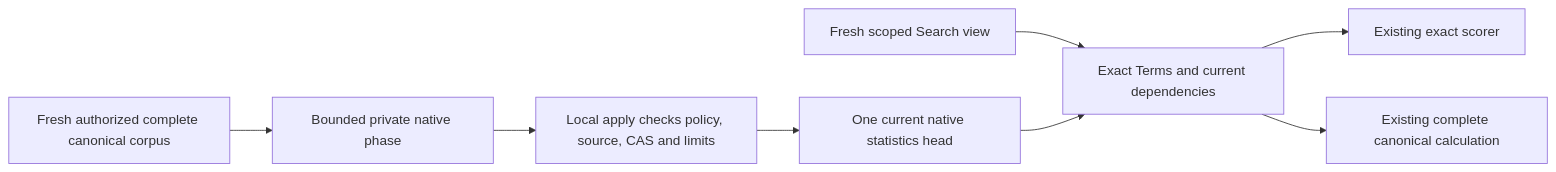
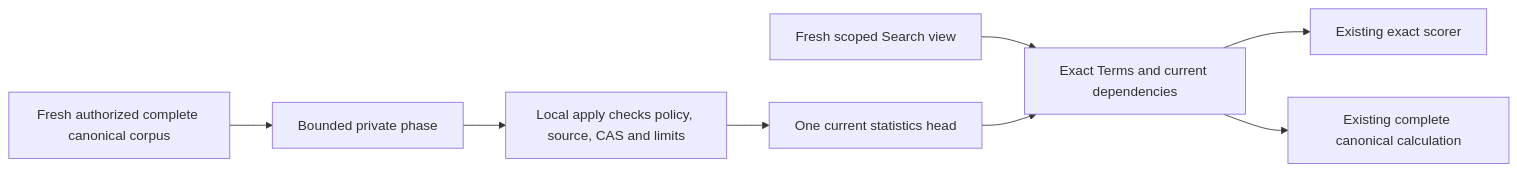
Before and after one commit to managedcode/KeyLoad: the first of 3 diagrams in docs/Features/Search/Bm25CorpusCurrent.md, drawn with Mermaid. The commit also changed other lines of this file and 9016 other files, not shown here.

````diff
--- a/docs/Features/Search/Bm25CorpusCurrent.md
+++ b/docs/Features/Search/Bm25CorpusCurrent.md
@@ -66,10 +66,10 @@
 ```mermaid
 flowchart LR
-    Capture[Fresh authorized complete canonical corpus] --> Phase[Bounded private native phase]
+    Capture[Fresh authorized complete canonical corpus] --> Phase[Bounded private phase]
     Phase --> Apply[Local apply checks policy, source, CAS and limits]
-    Apply --> Head[One current native statistics head]
+    Apply --> Head[One current statistics head]
     Read[Fresh scoped Search view] --> Validate[Exact Terms and current dependencies]
     Head --> Validate
     Validate --> Reuse[Existing exact scorer]
     Validate --> Canonical[Existing complete canonical calculation]
 ```
````
